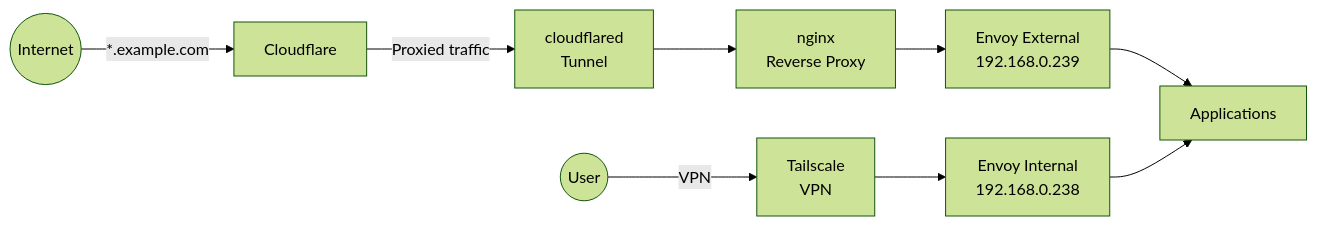
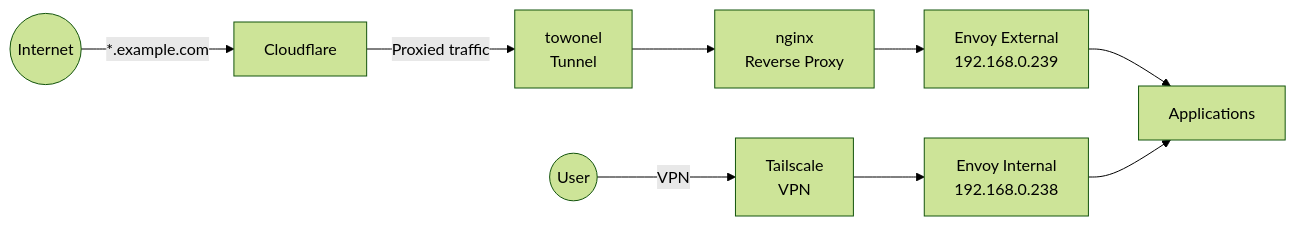
Before and after one commit to swibrow/home-ops: the diagram in docs/index.md, drawn with Mermaid (forest theme). The commit also changed other lines of this file and 28 other files, not shown here.

First line of the commit message:
feat(networking): deprecate cloudflared, towonel is the only tunnel

````diff
--- a/docs/index.md
+++ b/docs/index.md
@@ -12,22 +12,22 @@
 ```mermaid
 flowchart LR
     Internet((Internet))
     CF[Cloudflare]
-    Tunnel[cloudflared\nTunnel]
+    Tunnel[towonel\nTunnel]
     Nginx[nginx\nReverse Proxy]
     EE[Envoy External\n192.168.0.239]
     EI[Envoy Internal\n192.168.0.238]
     Apps[Applications]
     TS[Tailscale\nVPN]
     User((User))
 
     Internet -->|"*.example.com"| CF
     CF -->|Proxied traffic| Tunnel
     Tunnel --> Nginx
     Nginx --> EE
     EE --> Apps
 
     User -->|VPN| TS
     TS --> EI
     EI --> Apps
 ```
````
